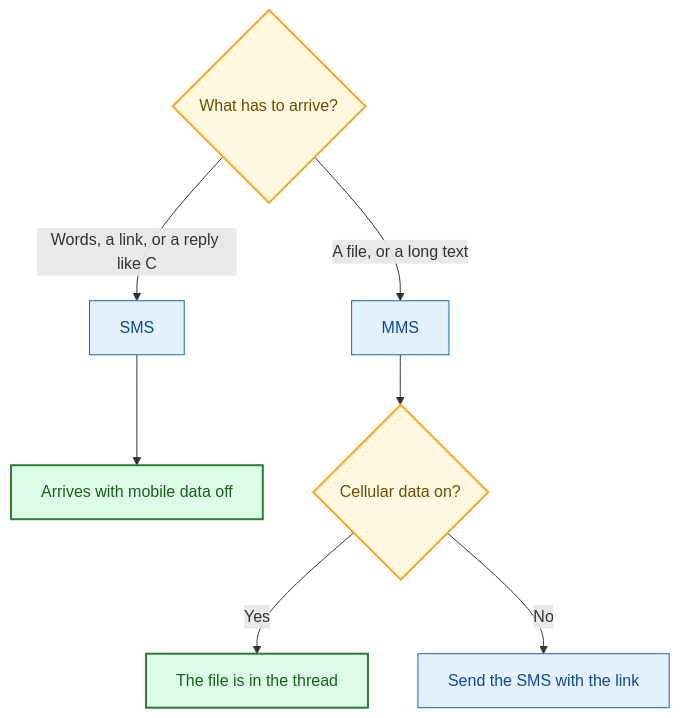
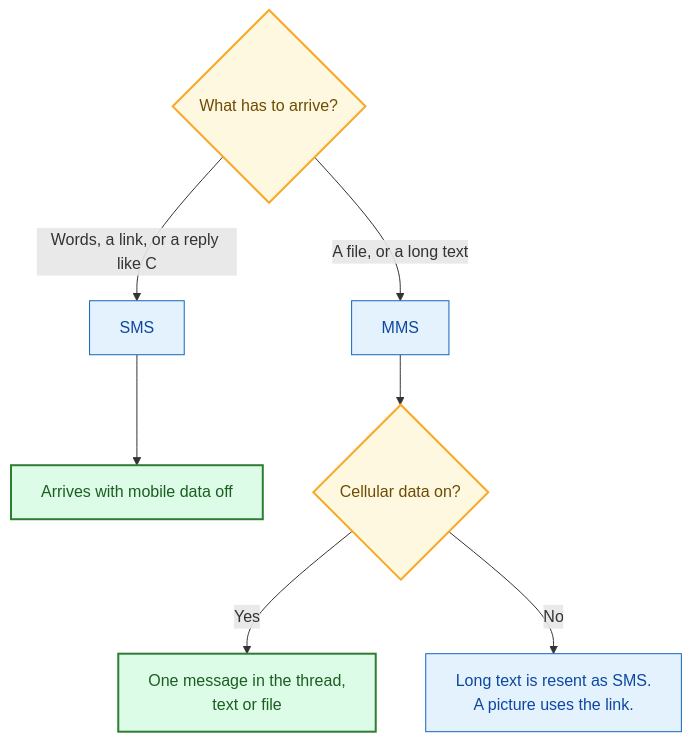
Before and after one commit to daava-hq/shared-docs: the first of 3 diagrams in docs/sms-and-picture-messages.md, drawn with Mermaid. The commit also changed other lines of this file, not shown here.

First line of the commit message:
Treat a long text as MMS, and drop contact cards

````diff
--- a/docs/sms-and-picture-messages.md
+++ b/docs/sms-and-picture-messages.md
@@ -34,18 +34,18 @@
 ```mermaid
 flowchart TD
   Q{"What has to arrive?"}
   Q -->|"Words, a link, or a reply like C"| SMS["SMS"]
   Q -->|"A file, or a long text"| MMS["MMS"]
   SMS --> LAND["Arrives with mobile data off"]
   MMS --> DATA{"Cellular data on?"}
-  DATA -->|Yes| FILE["The file is in the thread"]
-  DATA -->|No| BACK["Send the SMS with the link"]
+  DATA -->|Yes| FILE["One message in the thread,<br/>text or file"]
+  DATA -->|No| BACK["Long text is resent as SMS.<br/>A picture uses the link."]
 
   classDef decisionNode fill:#fff8e1,stroke:#f9a825,stroke-width:2px,color:#6d4c00
   classDef actionNode fill:#e3f2fd,stroke:#1565c0,color:#0d47a1
   classDef cleanNode fill:#dcfce7,stroke:#2e7d32,stroke-width:2px,color:#1b5e20
 
   class Q,DATA decisionNode
   class SMS,MMS,BACK actionNode
   class LAND,FILE cleanNode
 ```
````
